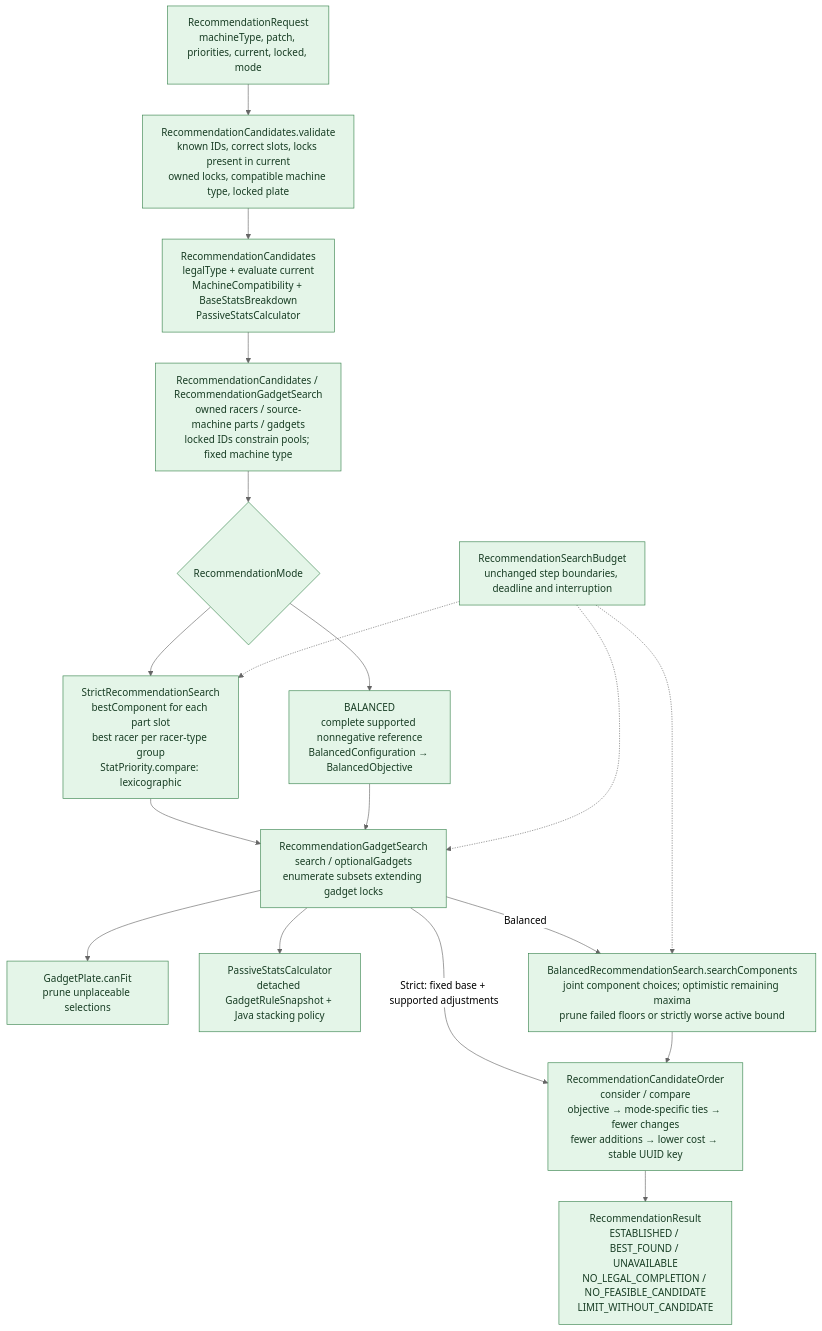
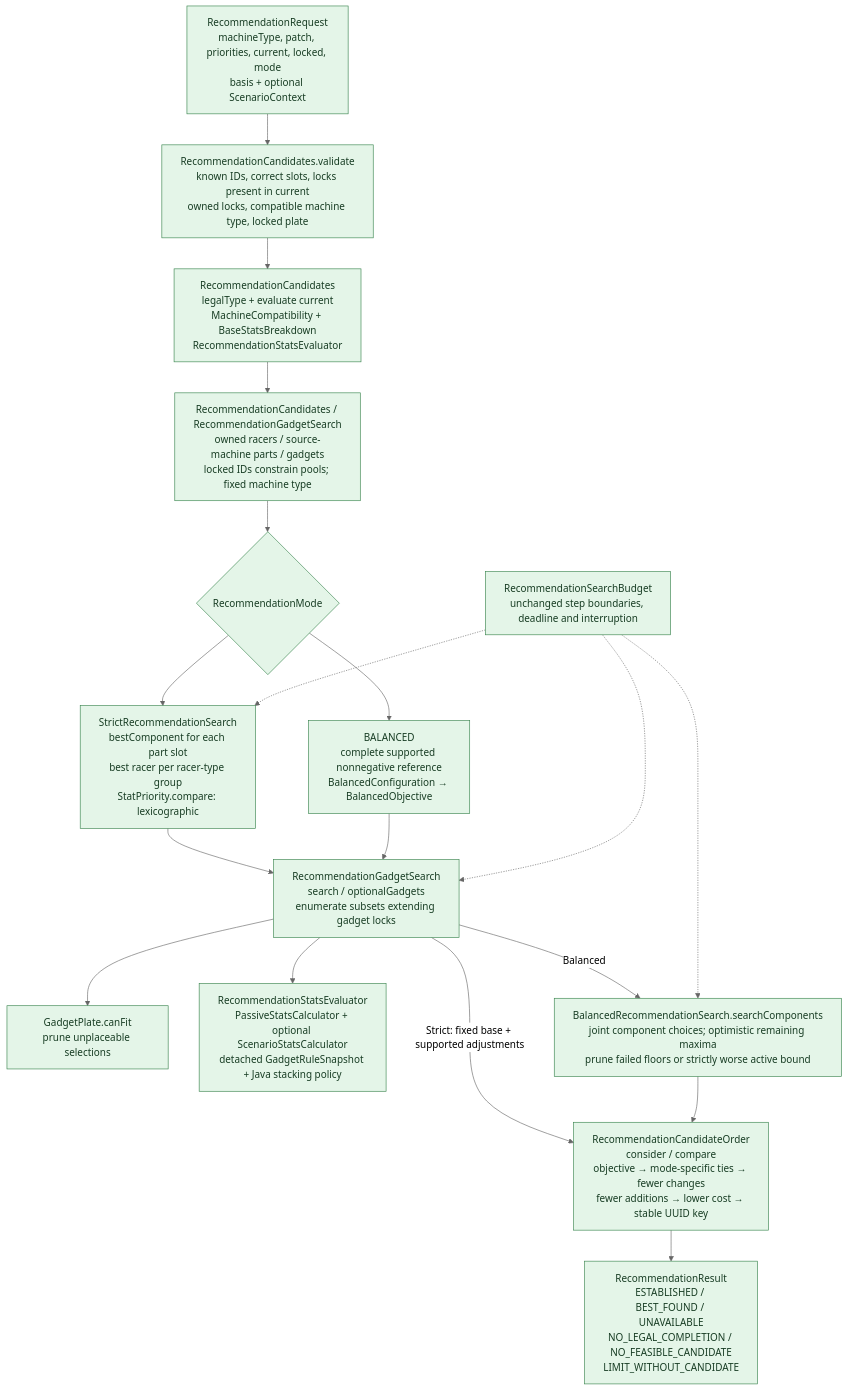
Diagram 11 of 31 in docs/architecture-atlas.md (alexungu04genoff/RingLab), drawn with Mermaid (neutral theme) before and after one commit. The commit also changed other lines of this file and 30 other files, not shown here.

````diff
--- a/docs/architecture-atlas.md
+++ b/docs/architecture-atlas.md
@@ -629,31 +631,31 @@
 ```mermaid
 flowchart TB
-  req["RecommendationRequest<br/>machineType, patch, priorities, current, locked, mode"]:::domain
+  req["RecommendationRequest<br/>machineType, patch, priorities, current, locked, mode<br/>basis + optional ScenarioContext"]:::domain
   validate["RecommendationCandidates.validate<br/>known IDs, correct slots, locks present in current<br/>owned locks, compatible machine type, locked plate"]:::domain
-  baseline["RecommendationCandidates<br/>legalType + evaluate current<br/>MachineCompatibility + BaseStatsBreakdown<br/>PassiveStatsCalculator"]:::domain
+  baseline["RecommendationCandidates<br/>legalType + evaluate current<br/>MachineCompatibility + BaseStatsBreakdown<br/>RecommendationStatsEvaluator"]:::domain
   pools["RecommendationCandidates / RecommendationGadgetSearch<br/>owned racers / source-machine parts / gadgets<br/>locked IDs constrain pools; fixed machine type"]:::domain
   branch{"RecommendationMode"}:::domain
   strict["StrictRecommendationSearch<br/>bestComponent for each part slot<br/>best racer per racer-type group<br/>StatPriority.compare: lexicographic"]:::domain
   balanced["BALANCED<br/>complete supported nonnegative reference<br/>BalancedConfiguration → BalancedObjective"]:::domain
   subsets["RecommendationGadgetSearch<br/>search / optionalGadgets<br/>enumerate subsets extending gadget locks"]:::domain
   plate["GadgetPlate.canFit<br/>prune unplaceable selections"]:::domain
-  calc["PassiveStatsCalculator<br/>detached GadgetRuleSnapshot + Java stacking policy"]:::domain
+  calc["RecommendationStatsEvaluator<br/>PassiveStatsCalculator + optional ScenarioStatsCalculator<br/>detached GadgetRuleSnapshot + Java stacking policy"]:::domain
   components["BalancedRecommendationSearch.searchComponents<br/>joint component choices; optimistic remaining maxima<br/>prune failed floors or strictly worse active bound"]:::domain
   compare["RecommendationCandidateOrder<br/>consider / compare<br/>objective → mode-specific ties → fewer changes<br/>fewer additions → lower cost → stable UUID key"]:::domain
   result["RecommendationResult<br/>ESTABLISHED / BEST_FOUND / UNAVAILABLE<br/>NO_LEGAL_COMPLETION / NO_FEASIBLE_CANDIDATE<br/>LIMIT_WITHOUT_CANDIDATE"]:::domain
   req --> validate --> baseline --> pools --> branch
   branch --> strict
   branch --> balanced
   strict --> subsets
   balanced --> subsets
   subsets --> plate
   subsets --> calc
   subsets -->|"Strict: fixed base + supported adjustments"| compare
   subsets -->|"Balanced"| components --> compare
   compare --> result
   budget["RecommendationSearchBudget<br/>unchanged step boundaries, deadline and interruption"]:::domain
   budget -.-> strict
   budget -.-> subsets
   budget -.-> components
   classDef domain fill:#e4f5e8,stroke:#37834c,color:#183d24
 ```
````
